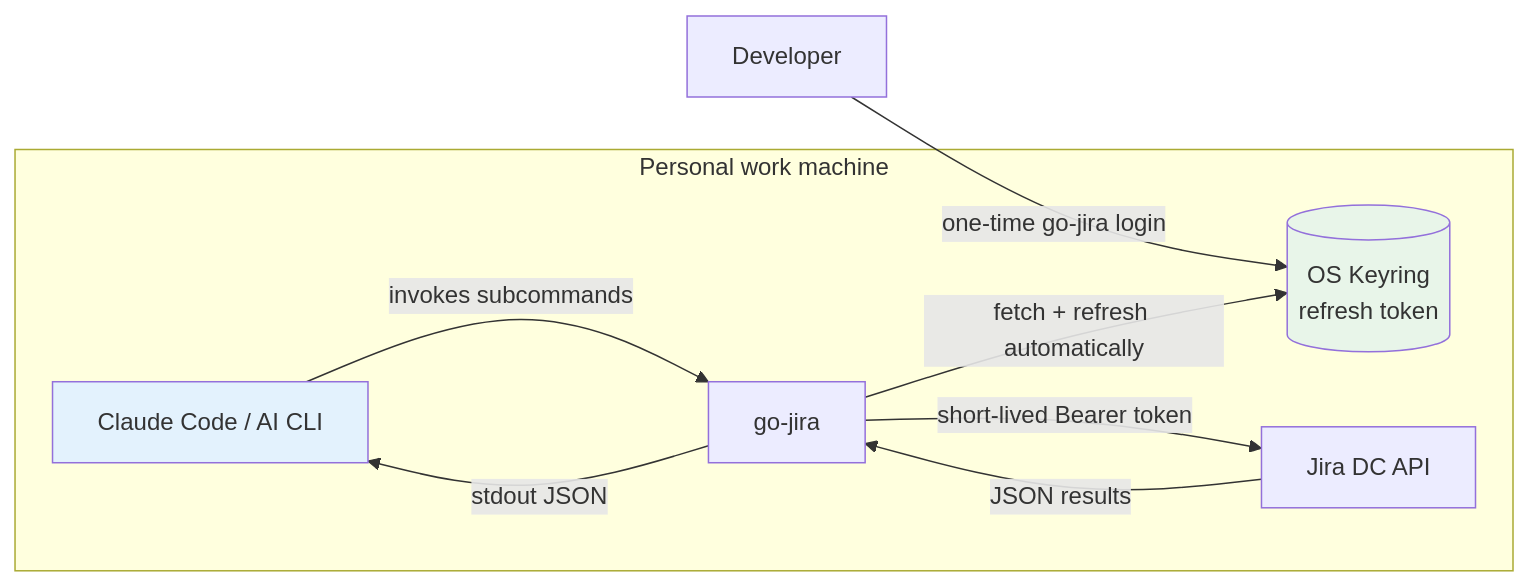
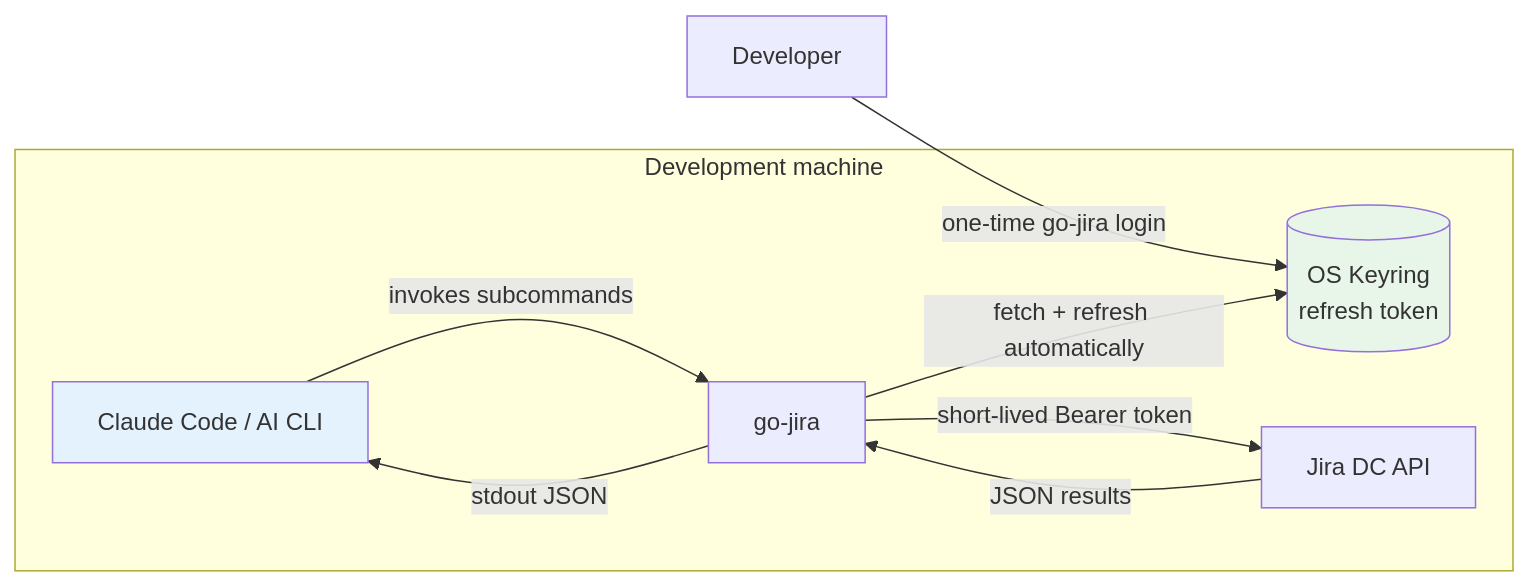
Before and after one commit to appleboy/blog: the third of 4 diagrams in content/posts/2026-06-06-go-jira-oauth-ai-cli-jira-en.md, drawn with Mermaid. The commit also changed other lines of this file and 1 other file, not shown here.

````diff
--- a/content/posts/2026-06-06-go-jira-oauth-ai-cli-jira-en.md
+++ b/content/posts/2026-06-06-go-jira-oauth-ai-cli-jira-en.md
@@ -166,13 +166,13 @@
 ```mermaid
 flowchart LR
     Dev[Developer] -->|one-time go-jira login| KR[(OS Keyring<br/>refresh token)]
-    subgraph Personal work machine
+    subgraph Development machine
         CC[Claude Code / AI CLI] -->|invokes subcommands| GJ[go-jira]
         GJ -->|fetch + refresh automatically| KR
         GJ -->|short-lived Bearer token| API[Jira DC API]
     end
     API -->|JSON results| GJ
     GJ -->|stdout JSON| CC
     style KR fill:#e8f5e9
     style CC fill:#e3f2fd
 ```
````
